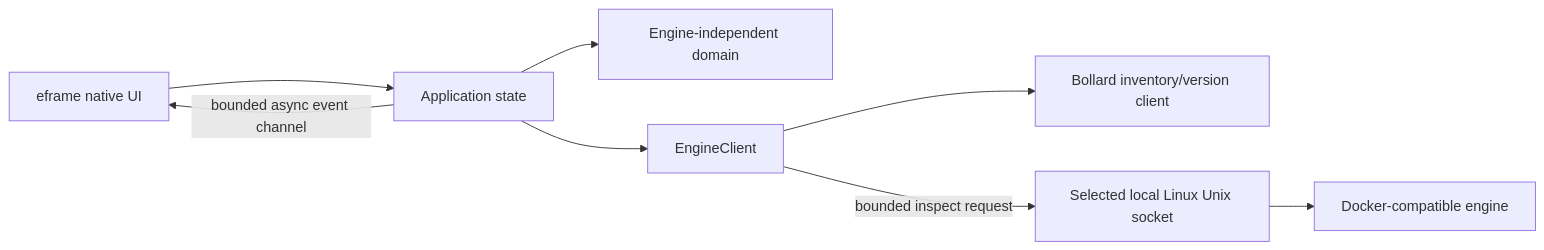
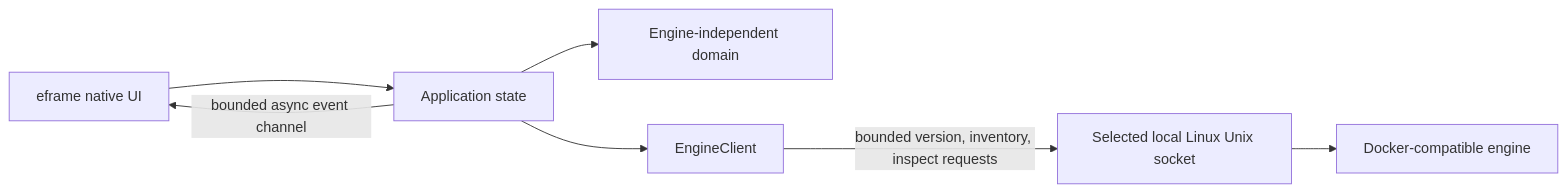
The diagram in docs/src/architecture/overview.md (SzymonR1/ferrum-desktop), drawn with Mermaid before and after one commit. The commit also changed other lines of this file and 9 other files, not shown here.

````diff
--- a/docs/src/architecture/overview.md
+++ b/docs/src/architecture/overview.md
@@ -5,10 +5,9 @@
 ```mermaid
 flowchart LR
     UI[eframe native UI] --> APP[Application state]
     APP --> CORE[Engine-independent domain]
     APP --> CLIENT[EngineClient]
-    CLIENT --> BOLLARD[Bollard inventory/version client]
-    CLIENT -->|bounded inspect request| SOCKET[Selected local Linux Unix socket]
+    CLIENT -->|bounded version, inventory, inspect requests| SOCKET[Selected local Linux Unix socket]
     SOCKET --> ENGINE[Docker-compatible engine]
     APP -->|bounded async event channel| UI
 ```
````
